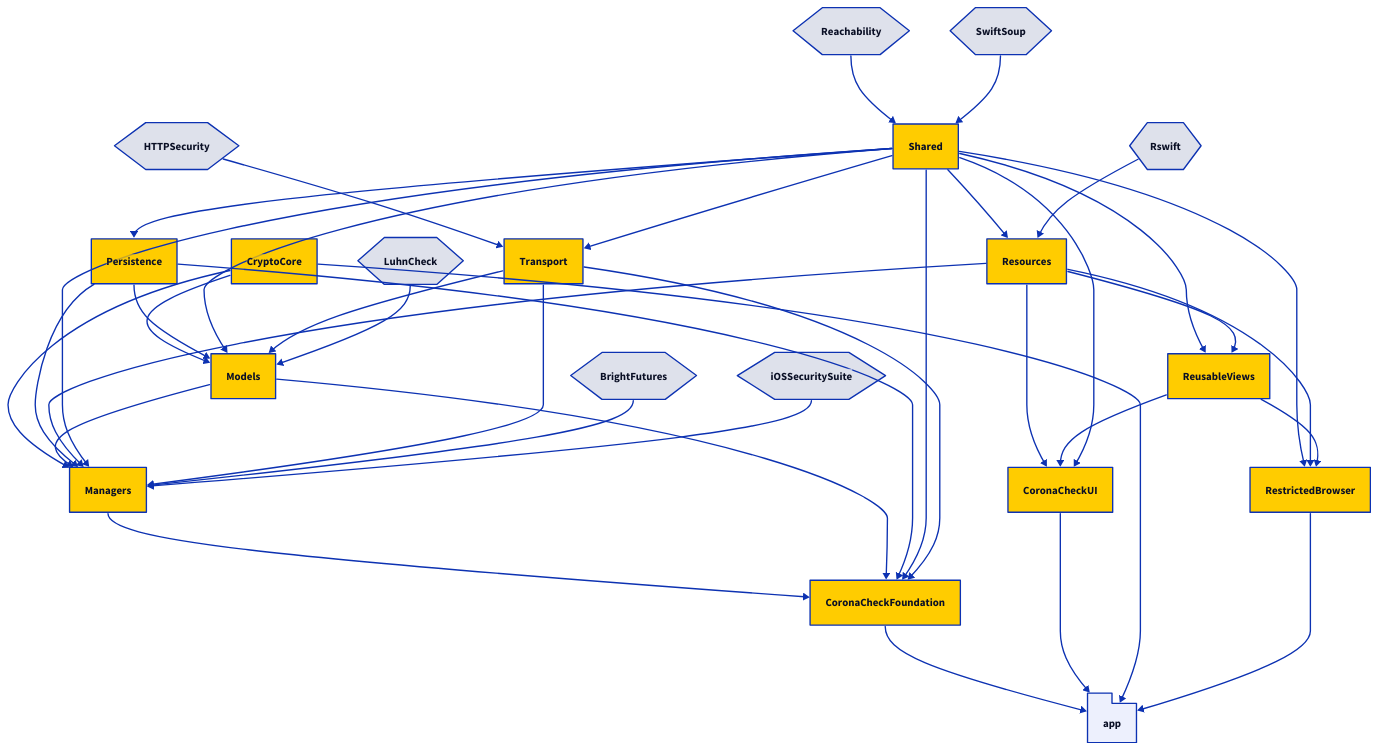
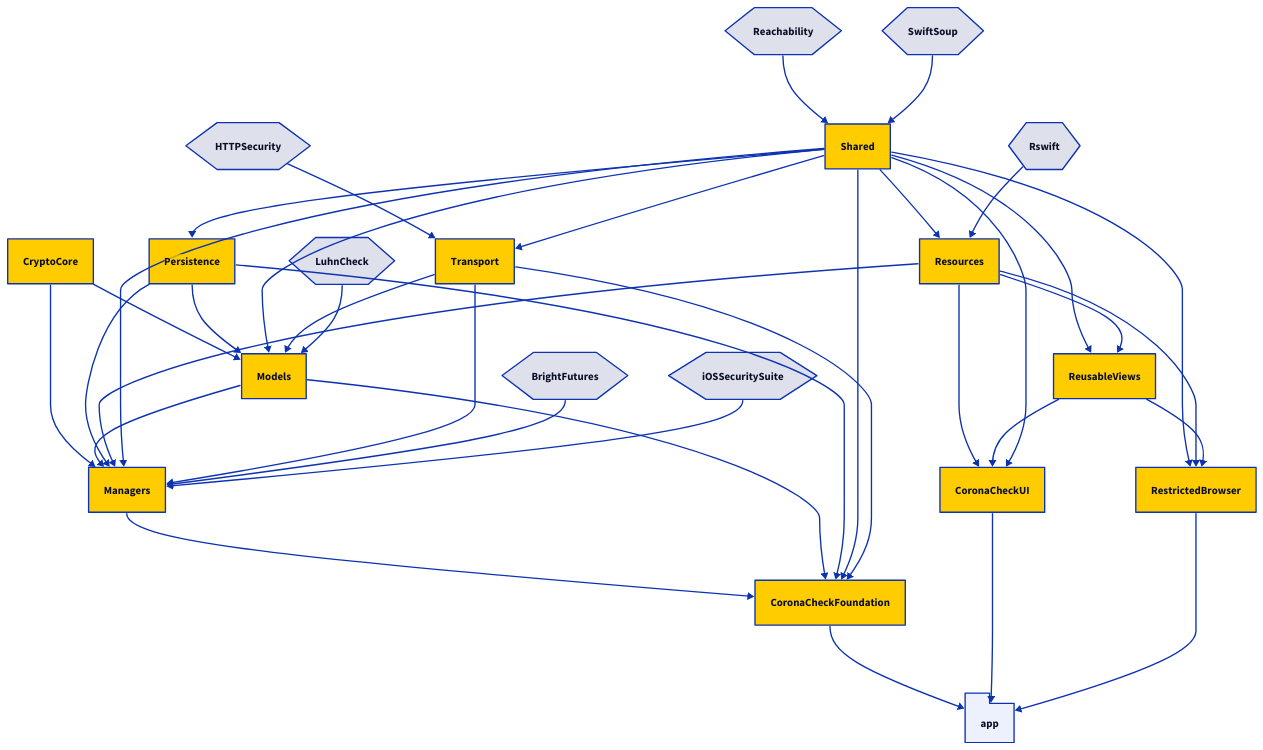
The diagram in Diagrams/packages-withouttests.d2 (minvws/nl-covid19-coronacheck-app-ios), drawn with D2 before and after one commit. The commit also changed 2 other files, not shown here.

Commit message:
5708: Remove CryptoCore from app

```diff
--- a/Diagrams/packages-withouttests.d2
+++ b/Diagrams/packages-withouttests.d2
@@ -1,92 +1,91 @@
 direction: down
 
 # Third-Party
 Rswift: {
   shape: hexagon
 }
 Reachability: {
   shape: hexagon
 }
 BrightFutures: {
   shape: hexagon
 }
 HTTPSecurity: {
   shape: hexagon
 }
 LuhnCheck: {
   shape: hexagon
 }
 iOSSecuritySuite: {
   shape: hexagon
 }
 SwiftSoup: {
   shape: hexagon
 }
 
 # The application
 
 app: {
   shape: package
 }
 
 app <- CoronaCheckFoundation
 app <- CoronaCheckUI
-app <- CryptoCore
 app <- RestrictedBrowser
 
 # - Packages - 
 
 CoronaCheckFoundation { style.fill: "#ffcc00" }
 CoronaCheckFoundation <- Managers
 CoronaCheckFoundation <- Models
 CoronaCheckFoundation <- Persistence
 CoronaCheckFoundation <- Shared
 CoronaCheckFoundation <- Transport
 
 CoronaCheckUI { style.fill: "#ffcc00" }
 CoronaCheckUI <- Resources
 CoronaCheckUI <- ReusableViews
 CoronaCheckUI <- Shared
 
 CryptoCore { style.fill: "#ffcc00" }
 
 Managers { style.fill: "#ffcc00" }
 Managers <- CryptoCore
 Managers <- Models
 Managers <- Persistence
 Managers <- Resources
 Managers <- Shared
 Managers <- Transport
 Managers <- BrightFutures
 Managers <- iOSSecuritySuite
 
 Models { style.fill: "#ffcc00" }
 Models <- CryptoCore
 Models <- Persistence
 Models <- Shared
 Models <- Transport
 Models <- LuhnCheck
 
 Persistence { style.fill: "#ffcc00" }
 Persistence <- Shared
 
 Resources { style.fill: "#ffcc00" }
 Resources <- Shared
 Resources <- Rswift
 
 RestrictedBrowser { style.fill: "#ffcc00" }
 RestrictedBrowser <- Shared
 RestrictedBrowser <- Resources
 RestrictedBrowser <- ReusableViews
 
 ReusableViews { style.fill: "#ffcc00" }
 ReusableViews <- Shared
 ReusableViews <- Resources
 
 Shared { style.fill: "#ffcc00" }
 Shared <- Reachability
 Shared <- SwiftSoup
 
 Transport { style.fill: "#ffcc00" }
 Transport <- HTTPSecurity
 Transport <- Shared
```
